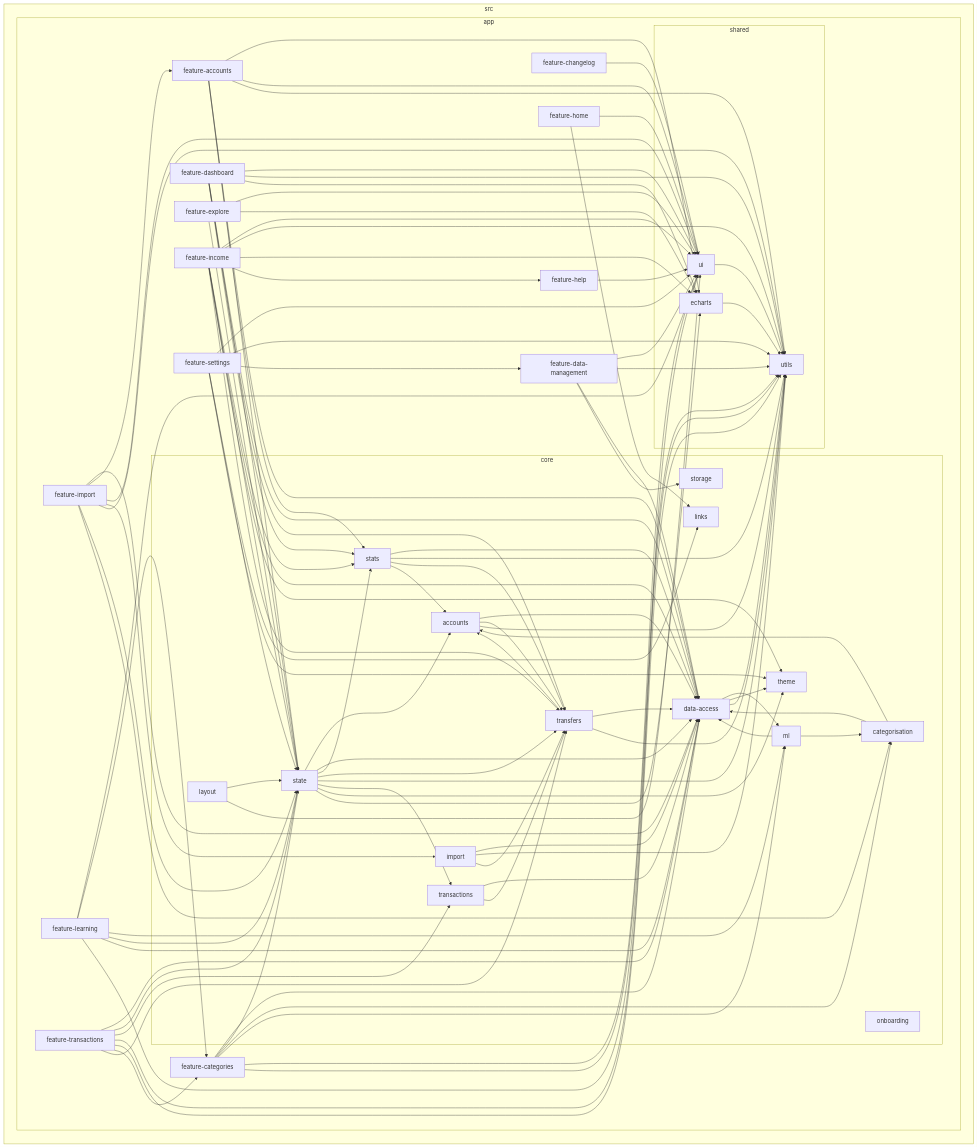
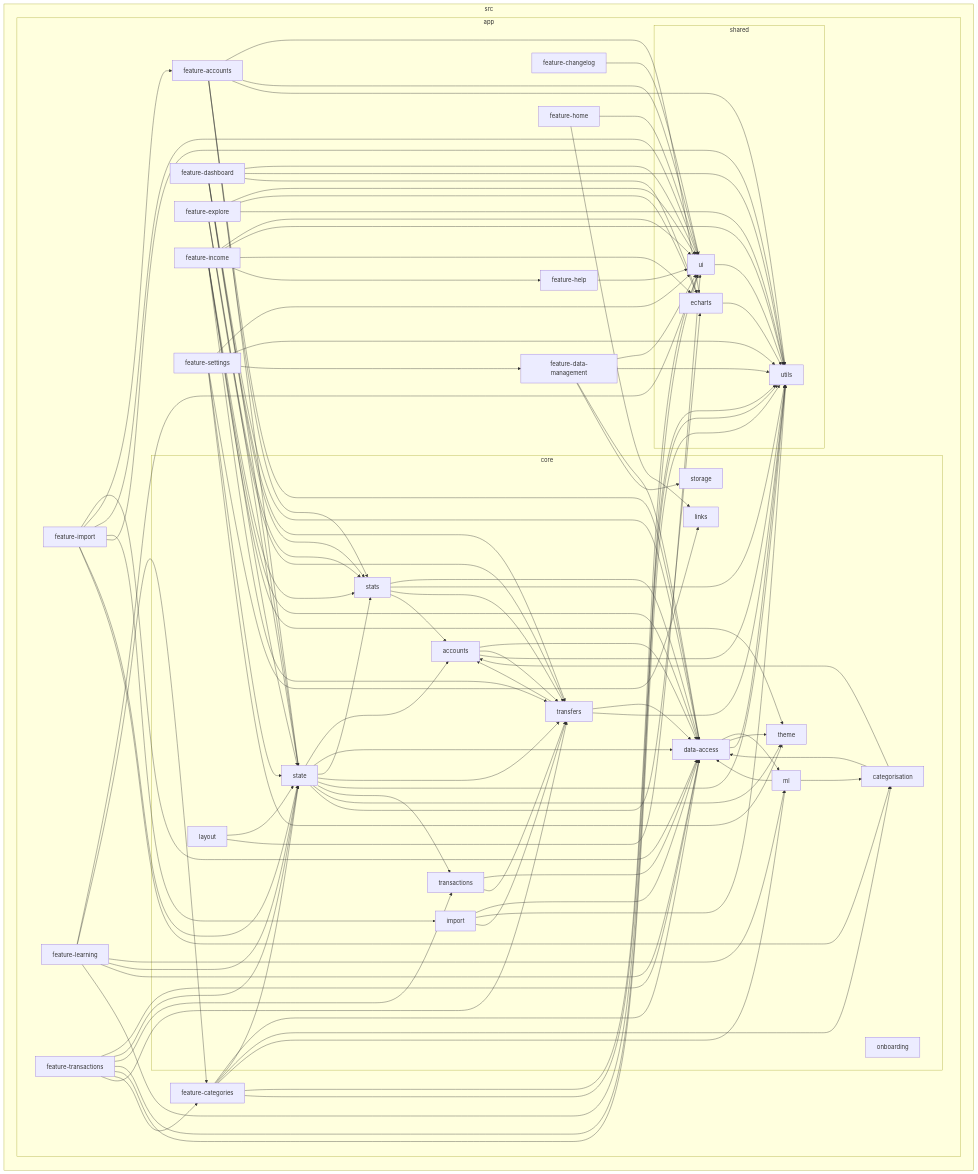
One commit to kevhauma/money-mosaic-v2 changed the diagram in reports/dependency-graph.mmd. Above: the diagram before and after it, drawn with Mermaid. The commit also changed 34 other files, not shown here.

```diff
--- a/reports/dependency-graph.mmd
+++ b/reports/dependency-graph.mmd
@@ -1,139 +1,142 @@
 flowchart LR
 
 subgraph 0["src"]
 subgraph 1["app"]
 subgraph 2["core"]
 3["accounts"]
 4["categorisation"]
 5["data-access"]
 6["import"]
 7["layout"]
 8["links"]
 9["ml"]
 A["onboarding"]
 B["state"]
 C["stats"]
 D["storage"]
 E["theme"]
 F["transactions"]
 G["transfers"]
 end
 H["feature-accounts"]
 I["feature-categories"]
 J["feature-changelog"]
 K["feature-dashboard"]
 L["feature-data-management"]
 M["feature-explore"]
 N["feature-help"]
 O["feature-home"]
 P["feature-import"]
 Q["feature-income"]
 R["feature-learning"]
 S["feature-settings"]
 T["feature-transactions"]
 subgraph U["shared"]
 V["echarts"]
 W["ui"]
 X["utils"]
 end
 end
 end
 3-->5
 3-->G
 3-->X
 4-->5
 4-->3
 5-->9
 5-->E
 5-->X
 6-->5
 6-->X
 6-->G
 7-->B
 7-->W
 9-->4
 9-->5
 B-->3
 B-->5
 B-->C
 B-->G
 B-->X
 B-->F
 B-->E
 B-->V
 C-->5
 C-->X
 C-->G
 C-->3
 F-->5
 F-->G
 G-->5
 G-->3
 G-->X
 H-->5
 H-->V
 H-->B
 H-->W
 H-->X
 H-->C
 I-->5
 I-->B
 I-->W
 I-->X
 I-->4
 I-->9
 J-->W
 K-->5
 K-->B
 K-->W
 K-->X
 K-->G
 K-->C
 K-->V
 L-->5
 L-->D
 L-->W
 L-->X
 M-->B
 M-->W
+M-->C
+M-->G
 M-->V
+M-->X
 N-->W
 O-->8
 O-->W
 P-->5
 P-->H
 P-->W
 P-->6
 P-->X
 P-->B
 P-->4
 Q-->C
 Q-->W
 Q-->X
 Q-->5
 Q-->B
 Q-->E
 Q-->G
 Q-->V
 Q-->N
 R-->W
 R-->I
 R-->9
 R-->B
 R-->5
 R-->X
 S-->W
 S-->8
 S-->B
 S-->X
 S-->L
 S-->E
 T-->5
 T-->B
 T-->F
 T-->W
 T-->X
 T-->I
 T-->G
 V-->X
 W-->X
```
